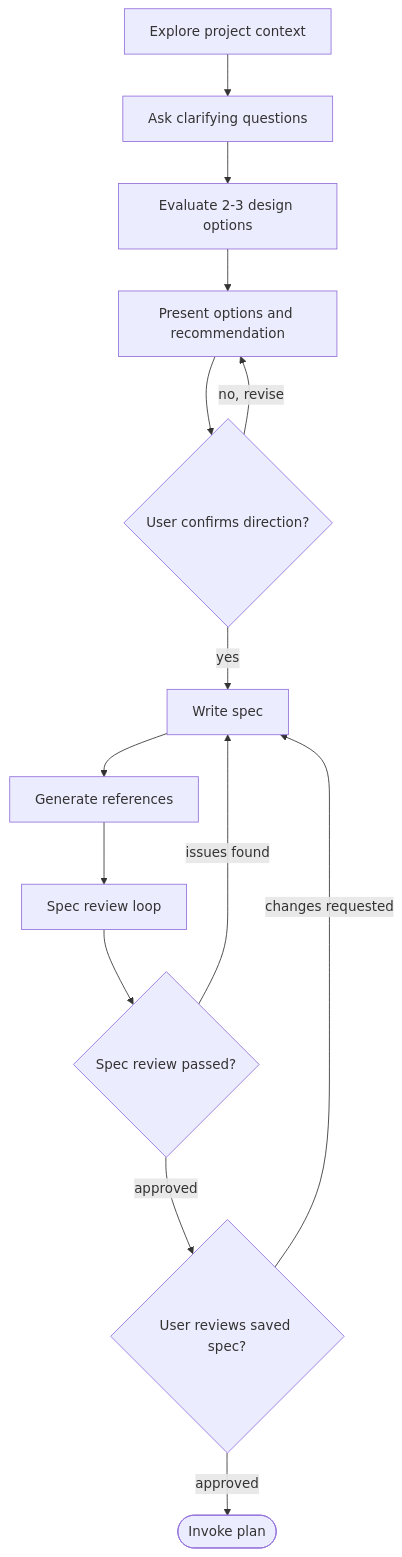
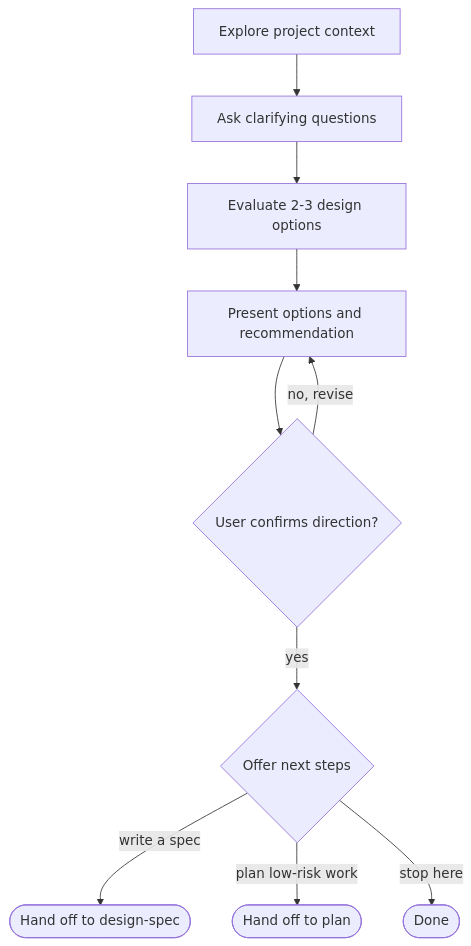
One commit to CXwudi/agent-config changed the diagram in skills/brainstorming/SKILL.md. Above: the diagram before and after it, drawn with Mermaid. The commit also changed other lines of this file and 7 other files, not shown here.

First line of the commit message:
Split brainstorming and design-spec skills (#28)

````diff
--- a/skills/brainstorming/SKILL.md
+++ b/skills/brainstorming/SKILL.md
@@ -36,16 +34,12 @@
 ```mermaid
 flowchart TD
   A["Explore project context"] --> B["Ask clarifying questions"]
   B --> C["Evaluate 2-3 design options"]
   C --> D["Present options and recommendation"]
   D --> E{"User confirms direction?"}
   E -- "no, revise" --> D
-  E -- yes --> F["Write spec"]
-  F --> G["Generate references"]
-  G --> H["Spec review loop"]
-  H --> I{"Spec review passed?"}
-  I -- "issues found" --> F
-  I -- approved --> J{"User reviews saved spec?"}
-  J -- "changes requested" --> F
-  J -- approved --> K(["Invoke plan"])
+  E -- yes --> F{"Offer next steps"}
+  F -- "write a spec" --> G(["Hand off to design-spec"])
+  F -- "plan low-risk work" --> H(["Hand off to plan"])
+  F -- "stop here" --> I(["Done"])
 ```
````
